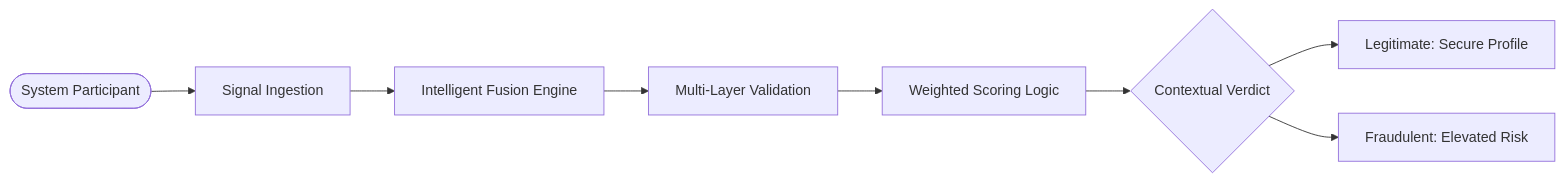
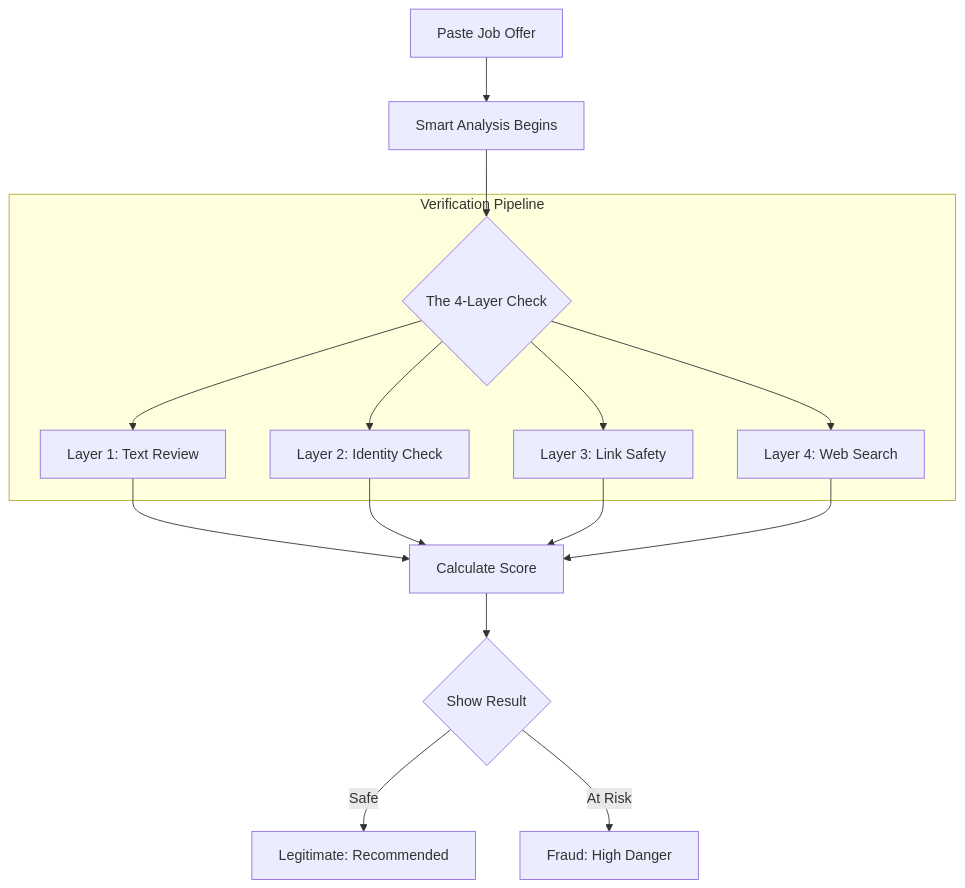
Before and after one commit to ManoShruthiS/VeriIntern-AI: the first of 3 diagrams in Readme.md, drawn with Mermaid. The commit also changed other lines of this file, not shown here.

````diff
--- a/Readme.md
+++ b/Readme.md
@@ -13,10 +11,18 @@
 ```mermaid
-graph LR
-    User([System Participant]) --> Submission[Signal Ingestion]
-    Submission --> Engine[Intelligent Fusion Engine]
-    Engine --> Verification[Multi-Layer Validation]
-    Verification --> Logic[Weighted Scoring Logic]
-    Logic --> Verdict{Contextual Verdict}
-    Verdict --> Legit[Legitimate: Secure Profile]
-    Verdict --> Fraud[Fraudulent: Elevated Risk]
+graph TD
+    A[Paste Job Offer] --> B[Smart Analysis Begins]
+    B --> C{The 4-Layer Check}
+    
+    subgraph "Verification Pipeline"
+    C --> C1[Layer 1: Text Review]
+    C --> C2[Layer 2: Identity Check]
+    C --> C3[Layer 3: Link Safety]
+    C --> C4[Layer 4: Web Search]
+    end
+    
+    C1 & C2 & C3 & C4 --> D[Calculate Score]
+    D --> E{Show Result}
+    
+    E -->|Safe| F[Legitimate: Recommended]
+    E -->|At Risk| G[Fraud: High Danger]
 ```
````
